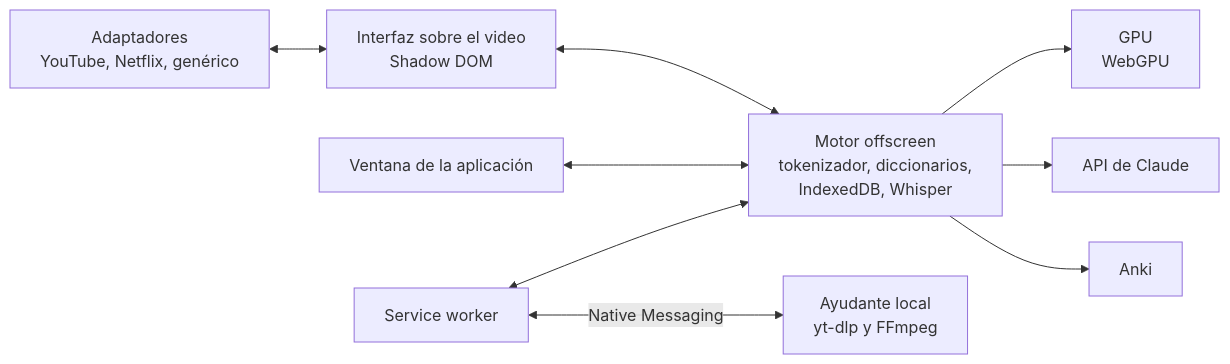
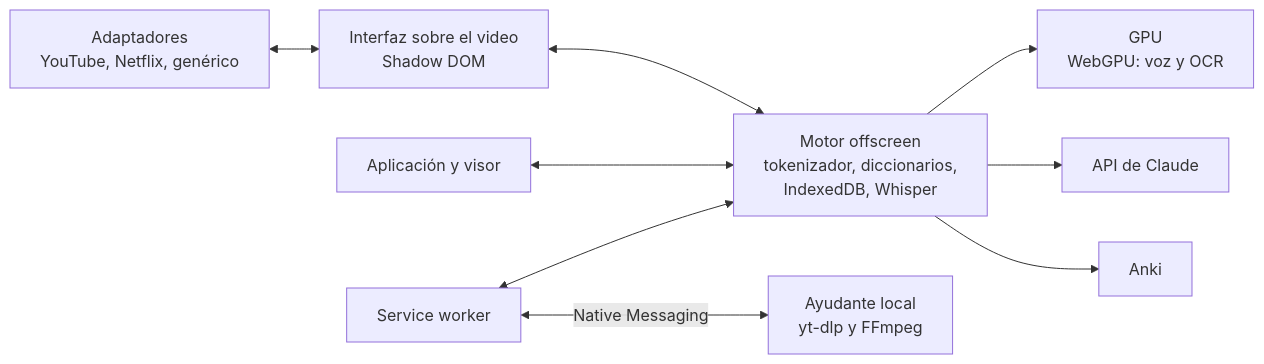
Before and after one commit to Eliam4510/kotonoha: the second of 2 diagrams in README.md, drawn with Mermaid. The commit also changed other lines of this file and 90 other files, not shown here.

````diff
--- a/README.md
+++ b/README.md
@@ -225,11 +166,11 @@
 ```mermaid
 flowchart LR
   P["Adaptadores<br/>YouTube, Netflix, genérico"] <--> C["Interfaz sobre el video<br/>Shadow DOM"]
   C <--> M["Motor offscreen<br/>tokenizador, diccionarios,<br/>IndexedDB, Whisper"]
-  A["Ventana de la aplicación"] <--> M
-  M --> G["GPU<br/>WebGPU"]
+  A["Aplicación y visor"] <--> M
+  M --> G["GPU<br/>WebGPU: voz y OCR"]
   M --> CL["API de Claude"]
   M --> AN["Anki"]
   S["Service worker"] <--> M
   S <-->|Native Messaging| H["Ayudante local<br/>yt-dlp y FFmpeg"]
 ```
````
